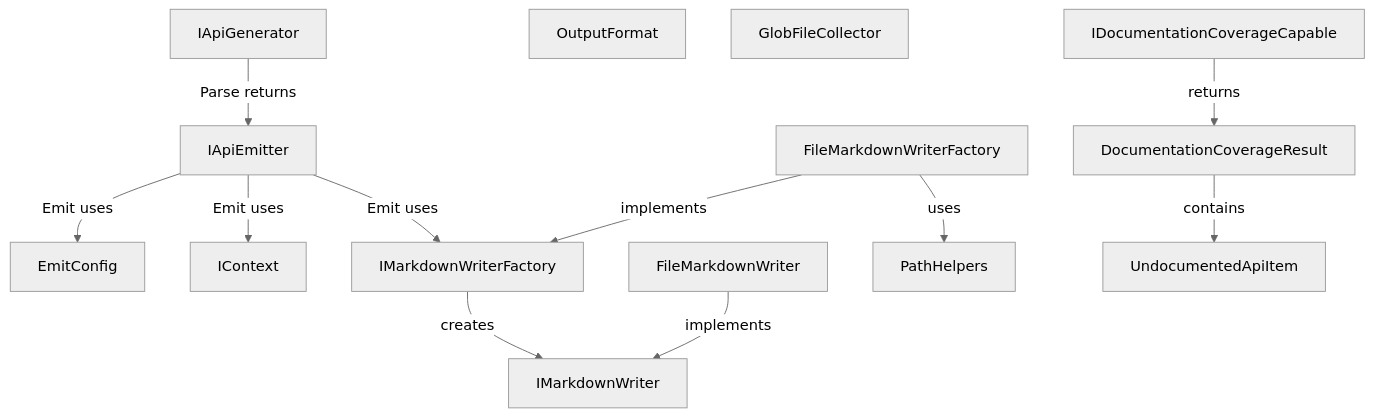
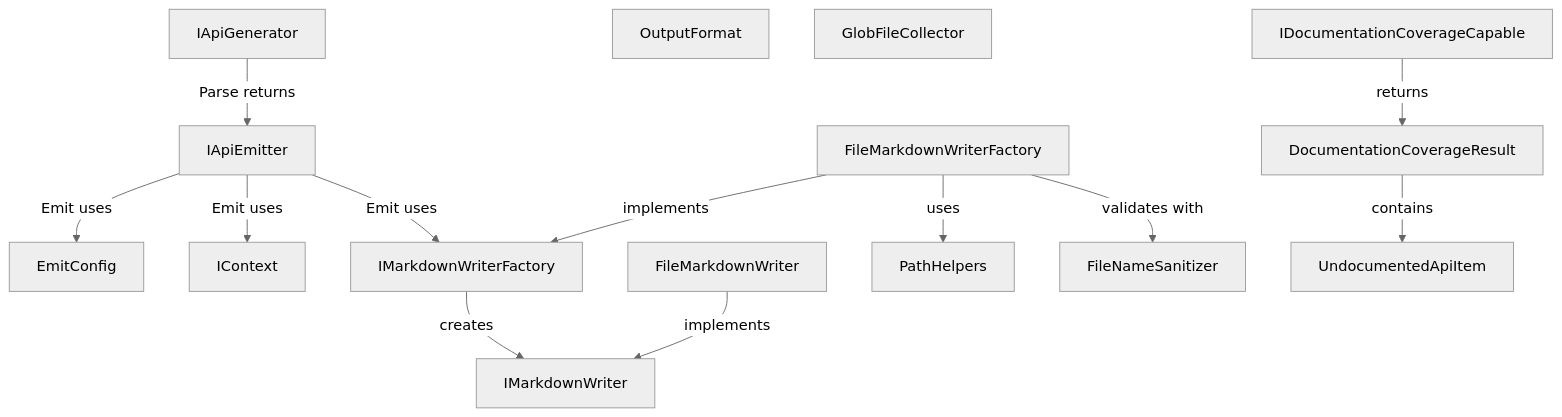
The diagram in docs/design/api-mark-core.md (demaconsulting/ApiMark), drawn with Mermaid (neutral theme) before and after one commit. The commit also changed other lines of this file and 122 other files, not shown here.

````diff
--- a/docs/design/api-mark-core.md
+++ b/docs/design/api-mark-core.md
@@ -17,19 +17,20 @@
 ```mermaid
 flowchart TD
     IApiGenerator --> |Parse returns| IApiEmitter
     EmitConfig
     OutputFormat
     IContext
     IMarkdownWriterFactory
     IMarkdownWriter
     GlobFileCollector
     FileMarkdownWriterFactory --> |implements| IMarkdownWriterFactory
     FileMarkdownWriter --> |implements| IMarkdownWriter
     IMarkdownWriterFactory --> |creates| IMarkdownWriter
     FileMarkdownWriterFactory --> |uses| PathHelpers
+    FileMarkdownWriterFactory --> |validates with| FileNameSanitizer
     IApiEmitter --> |Emit uses| IMarkdownWriterFactory
     IApiEmitter --> |Emit uses| EmitConfig
     IApiEmitter --> |Emit uses| IContext
     IDocumentationCoverageCapable --> |returns| DocumentationCoverageResult
     DocumentationCoverageResult --> |contains| UndocumentedApiItem
 ```
````
